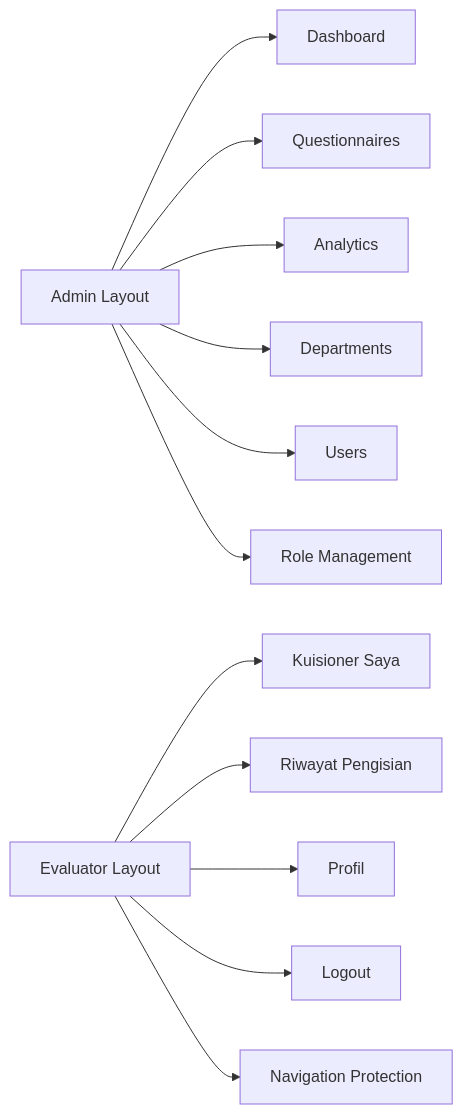
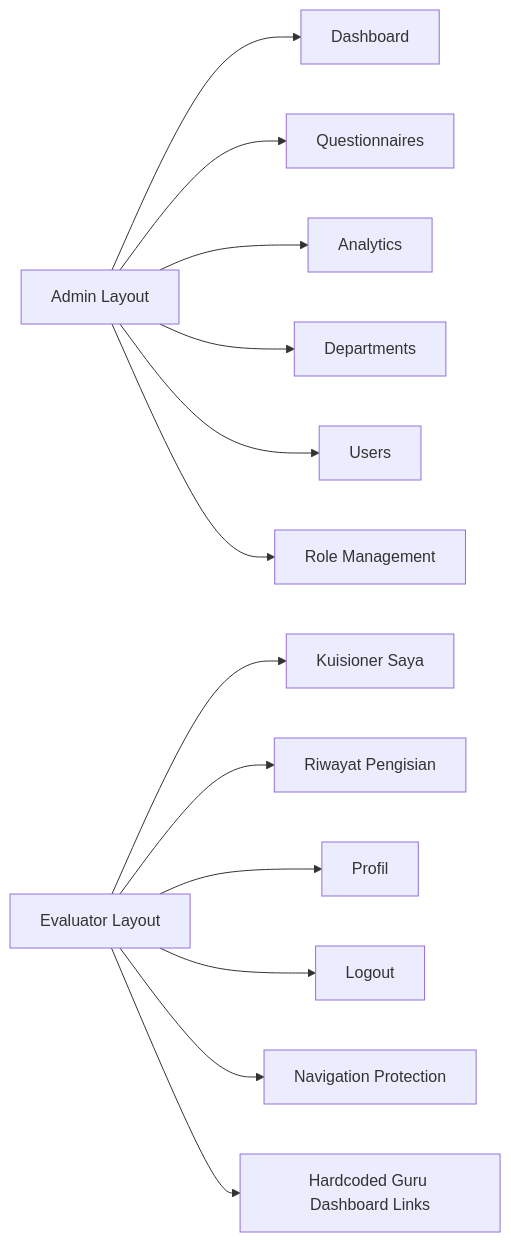
One commit to rudicatsmile/assesment360 changed the fifth of 7 diagrams in .qoder/repowiki/en/content/Core Features/User Dashboard Systems/Dashboard Navigation & Layout.md. Above: the diagram before and after it, drawn with Mermaid. The commit also changed other lines of this file and 5 other files, not shown here.

````diff
--- a/.qoder/repowiki/en/content/Core Features/User Dashboard Systems/Dashboard Navigation & Layout.md
+++ b/.qoder/repowiki/en/content/Core Features/User Dashboard Systems/Dashboard Navigation & Layout.md
@@ -261,14 +263,15 @@
 ```mermaid
 graph LR
 A["Admin Layout"] --> A1["Dashboard"]
 A --> A2["Questionnaires"]
 A --> A3["Analytics"]
 A --> A4["Departments"]
 A --> A5["Users"]
 A --> A6["Role Management"]
 E["Evaluator Layout"] --> E1["Kuisioner Saya"]
 E --> E2["Riwayat Pengisian"]
 E --> E3["Profil"]
 E --> E4["Logout"]
 E --> E5["Navigation Protection"]
+E --> E6["Hardcoded Guru Dashboard Links"]
 ```
````
